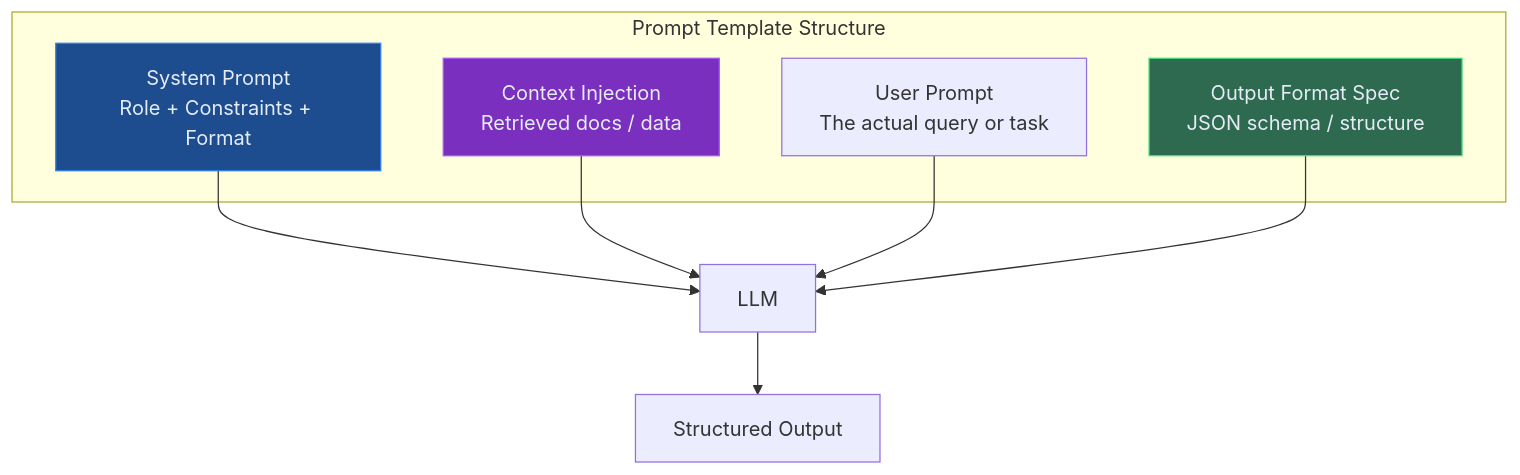
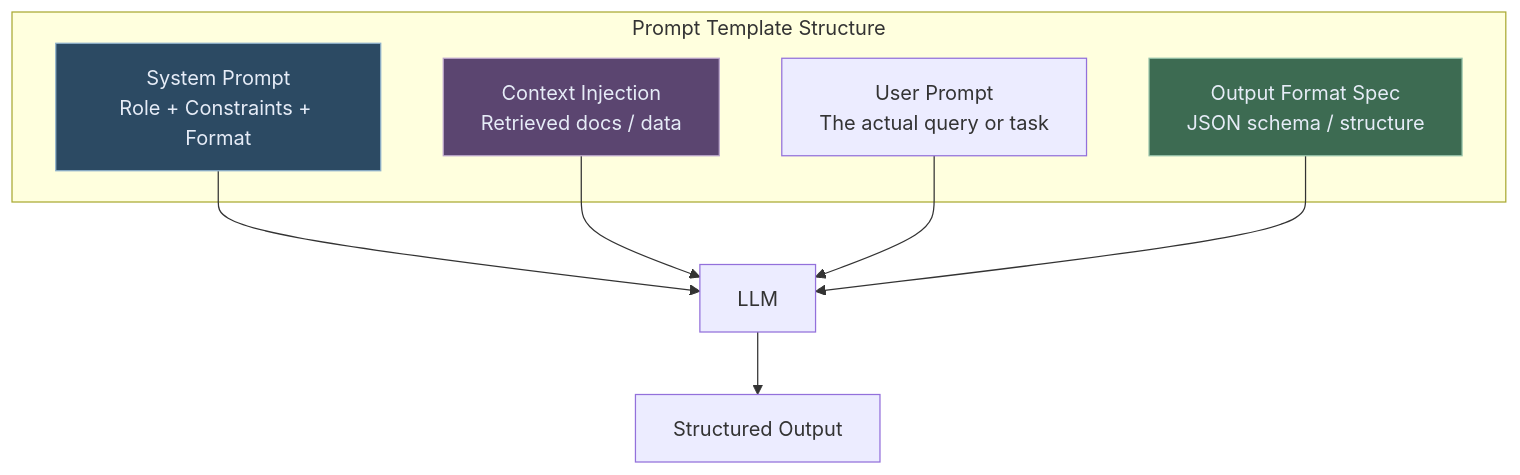
The first of 8 diagrams in blog/ai-prompt-and-workflow-templates.md (lorvexai/lorvexai), drawn with Mermaid before and after one commit. The commit also changed other lines of this file and 16 other files, not shown here.

First line of the commit message:
Retune hardcoded Mermaid node colors to match the site palette

````diff
--- a/blog/ai-prompt-and-workflow-templates.md
+++ b/blog/ai-prompt-and-workflow-templates.md
@@ -32,19 +32,19 @@
 ```mermaid
 flowchart TD
     subgraph Prompt Template Structure
         SP[System Prompt\nRole + Constraints + Format]
         CP[Context Injection\nRetrieved docs / data]
         UP[User Prompt\nThe actual query or task]
         OP[Output Format Spec\nJSON schema / structure]
     end
 
     SP --> LLM[LLM]
     CP --> LLM
     UP --> LLM
     OP --> LLM
     LLM --> O[Structured Output]
 
-    style SP fill:#1D4C8F,stroke:#2F80ED,color:#E6ECF7
-    style CP fill:#7B2FBE,stroke:#a855f7,color:#E6ECF7
-    style OP fill:#2D6A4F,stroke:#4ade80,color:#E6ECF7
+    style SP fill:#2C4A63,stroke:#8FB2CC,color:#E6ECF7
+    style CP fill:#5B4570,stroke:#BCA6CC,color:#E6ECF7
+    style OP fill:#3D6B52,stroke:#95C2A8,color:#E6ECF7
 ```
````
